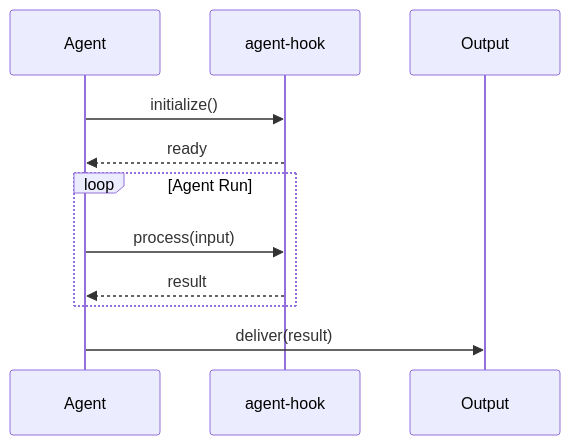
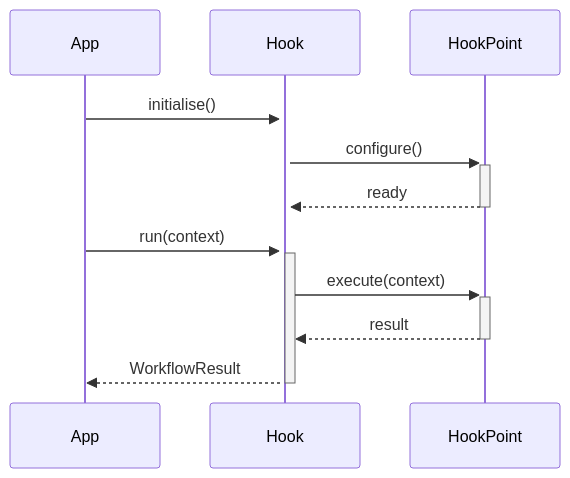
The second of 2 diagrams in README.md (darshjme/agent-hook), drawn with Mermaid before and after one commit. The commit also changed other lines of this file and 1 other file, not shown here.

````diff
--- a/README.md
+++ b/README.md
@@ -72,16 +88,14 @@
 ```mermaid
 sequenceDiagram
-    participant Agent
-    participant AgentHook as agent-hook
-    participant Output
+    participant App
+    participant Hook
+    participant HookPoint
 
-    Agent->>AgentHook: initialize()
-    AgentHook-->>Agent: ready
-
-    loop Agent Run
-        Agent->>AgentHook: process(input)
-        AgentHook-->>Agent: result
-    end
-
-    Agent->>Output: deliver(result)
+    App->>+Hook: initialise()
+    Hook->>+HookPoint: configure()
+    HookPoint-->>-Hook: ready
+    App->>+Hook: run(context)
+    Hook->>+HookPoint: execute(context)
+    HookPoint-->>-Hook: result
+    Hook-->>-App: WorkflowResult
 ```
````
